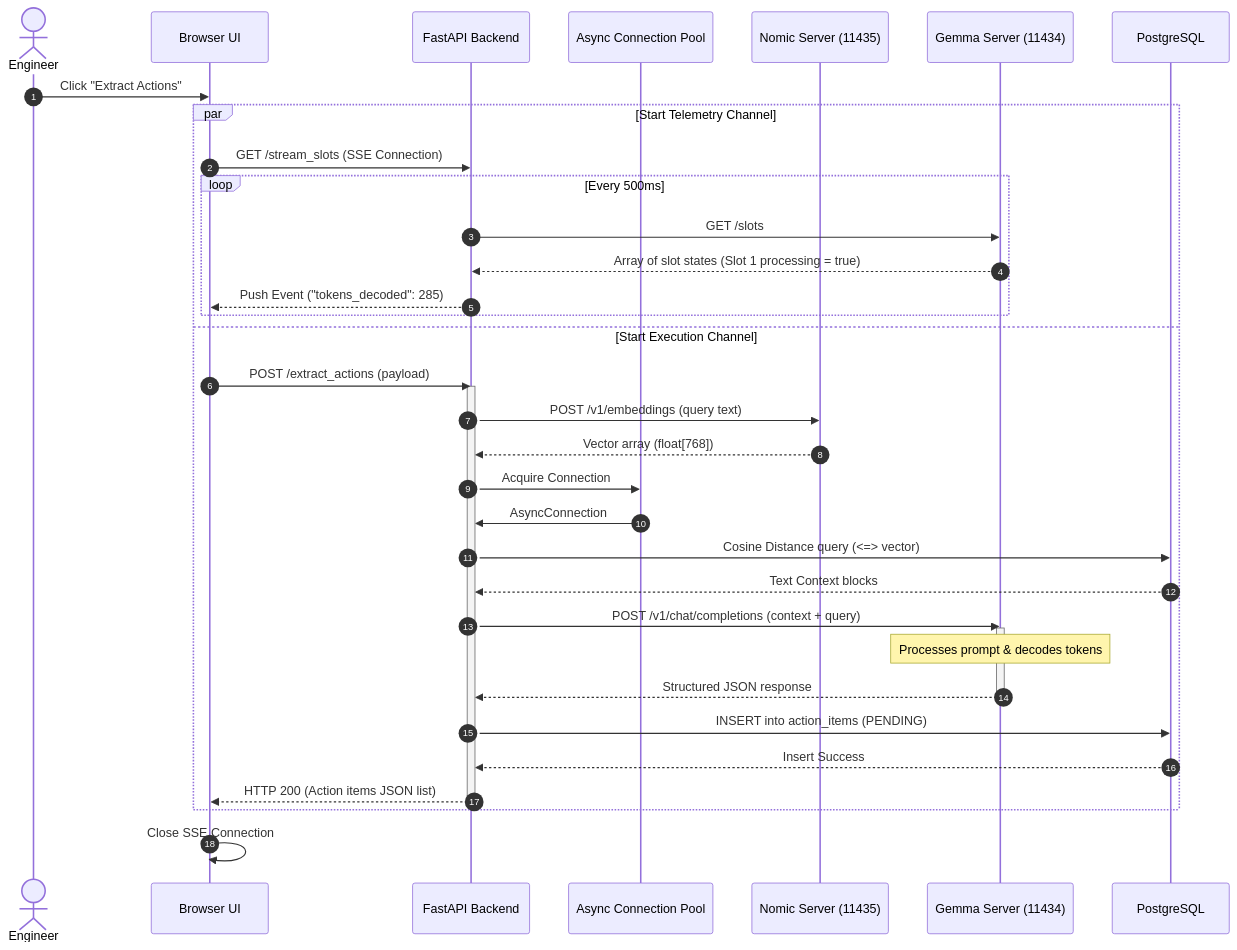
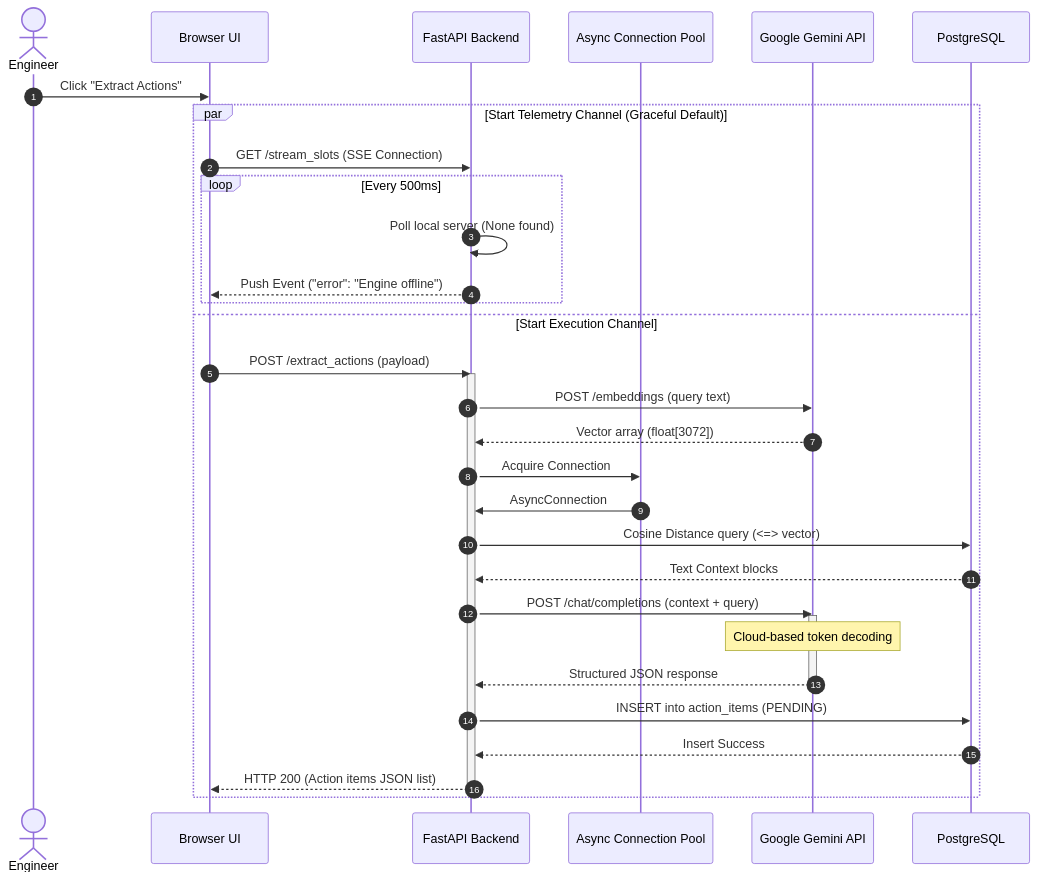
One commit to jackxpeng/omniscribe changed the third of 5 diagrams in architecture_documentation.md. Above: the diagram before and after it, drawn with Mermaid. The commit also changed other lines of this file, not shown here.

Commit message:
docs: remove local LLM references from architecture documentation

````diff
--- a/architecture_documentation.md
+++ b/architecture_documentation.md
@@ -71,46 +75,43 @@
 ```mermaid
 sequenceDiagram
     autonumber
     actor User as Engineer
     participant UI as Browser UI
     participant API as FastAPI Backend
     participant Pool as Async Connection Pool
-    participant Nomic as Nomic Server (11435)
-    participant Gemma as Gemma Server (11434)
+    participant Gemini as Google Gemini API
     participant DB as PostgreSQL
 
     User->>UI: Click "Extract Actions"
-    par Start Telemetry Channel
+    par Start Telemetry Channel (Graceful Default)
         UI->>API: GET /stream_slots (SSE Connection)
         loop Every 500ms
-            API->>Gemma: GET /slots
-            Gemma-->>API: Array of slot states (Slot 1 processing = true)
-            API-->>UI: Push Event ("tokens_decoded": 285)
+            API->>API: Poll local server (None found)
+            API-->>UI: Push Event ("error": "Engine offline")
         end
     and Start Execution Channel
         UI->>API: POST /extract_actions (payload)
         activate API
         
-        API->>Nomic: POST /v1/embeddings (query text)
-        Nomic-->>API: Vector array (float[768])
+        API->>Gemini: POST /embeddings (query text)
+        Gemini-->>API: Vector array (float[3072])
         
         API->>Pool: Acquire Connection
         Pool->>API: AsyncConnection
         
         API->>DB: Cosine Distance query (<=> vector)
         DB-->>API: Text Context blocks
         
-        API->>Gemma: POST /v1/chat/completions (context + query)
-        activate Gemma
-        Note over Gemma: Processes prompt & decodes tokens
-        Gemma-->>API: Structured JSON response
-        deactivate Gemma
+        API->>Gemini: POST /chat/completions (context + query)
+        activate Gemini
+        Note over Gemini: Cloud-based token decoding
+        Gemini-->>API: Structured JSON response
+        deactivate Gemini
         
         API->>DB: INSERT into action_items (PENDING)
         DB-->>API: Insert Success
         
         API-->>UI: HTTP 200 (Action items JSON list)
         deactivate API
     end
-    UI->>UI: Close SSE Connection
 ```
````
